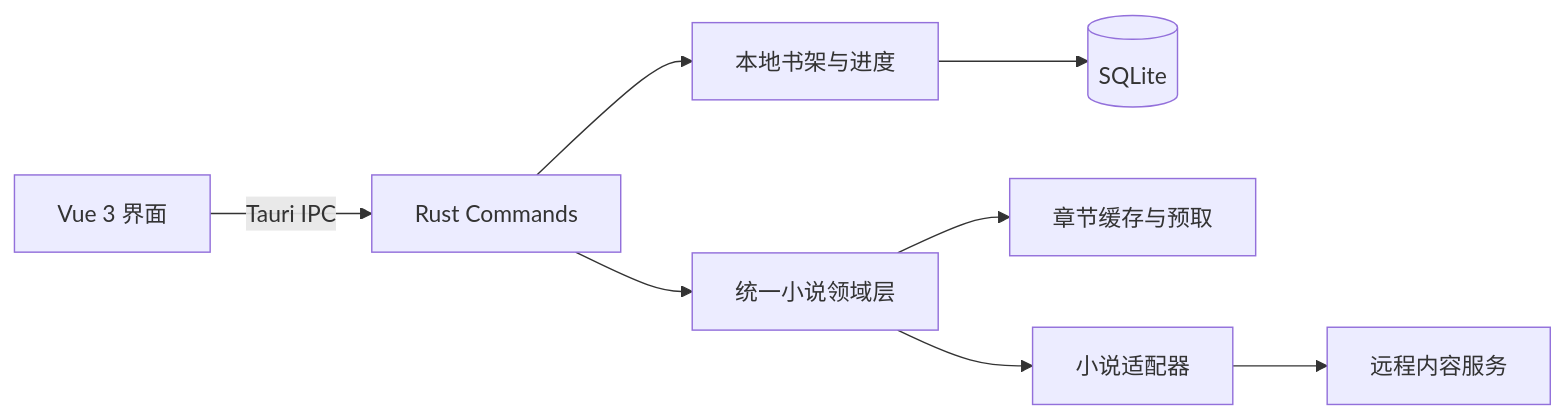
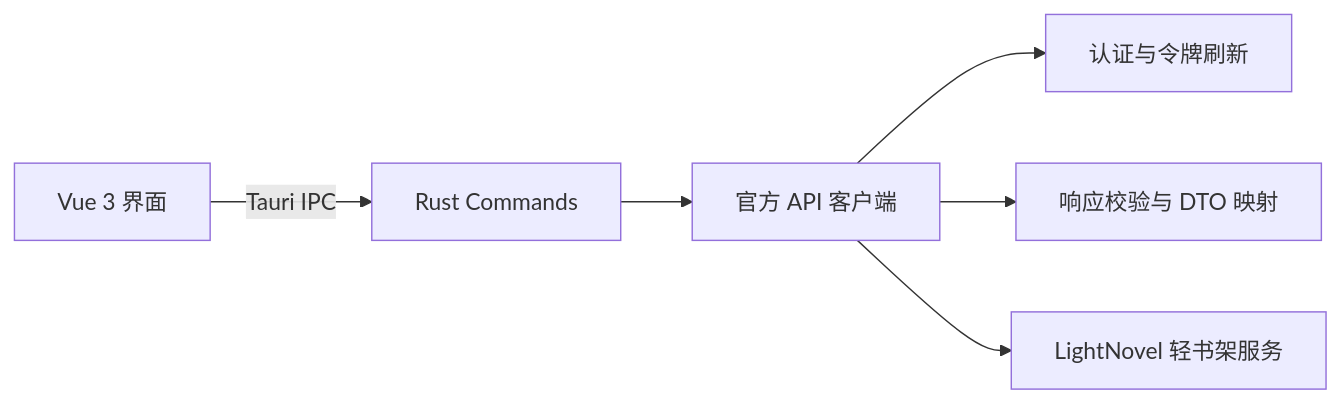
The diagram in README.md (Me9uru/Movelt), drawn with Mermaid before and after one commit. The commit also changed other lines of this file and 56 other files, not shown here.

````diff
--- a/README.md
+++ b/README.md
@@ -68,10 +72,8 @@
 ```mermaid
 flowchart LR
     UI[Vue 3 界面] -->|Tauri IPC| CMD[Rust Commands]
-    CMD --> LIB[本地书架与进度]
-    LIB --> DB[(SQLite)]
-    CMD --> CORE[统一小说领域层]
-    CORE --> CACHE[章节缓存与预取]
-    CORE --> BILI[小说适配器]
-    BILI --> WEB[远程内容服务]
+    CMD --> API[官方 API 客户端]
+    API --> AUTH[认证与令牌刷新]
+    API --> DTO[响应校验与 DTO 映射]
+    API --> WEB[LightNovel 轻书架服务]
 ```
````
